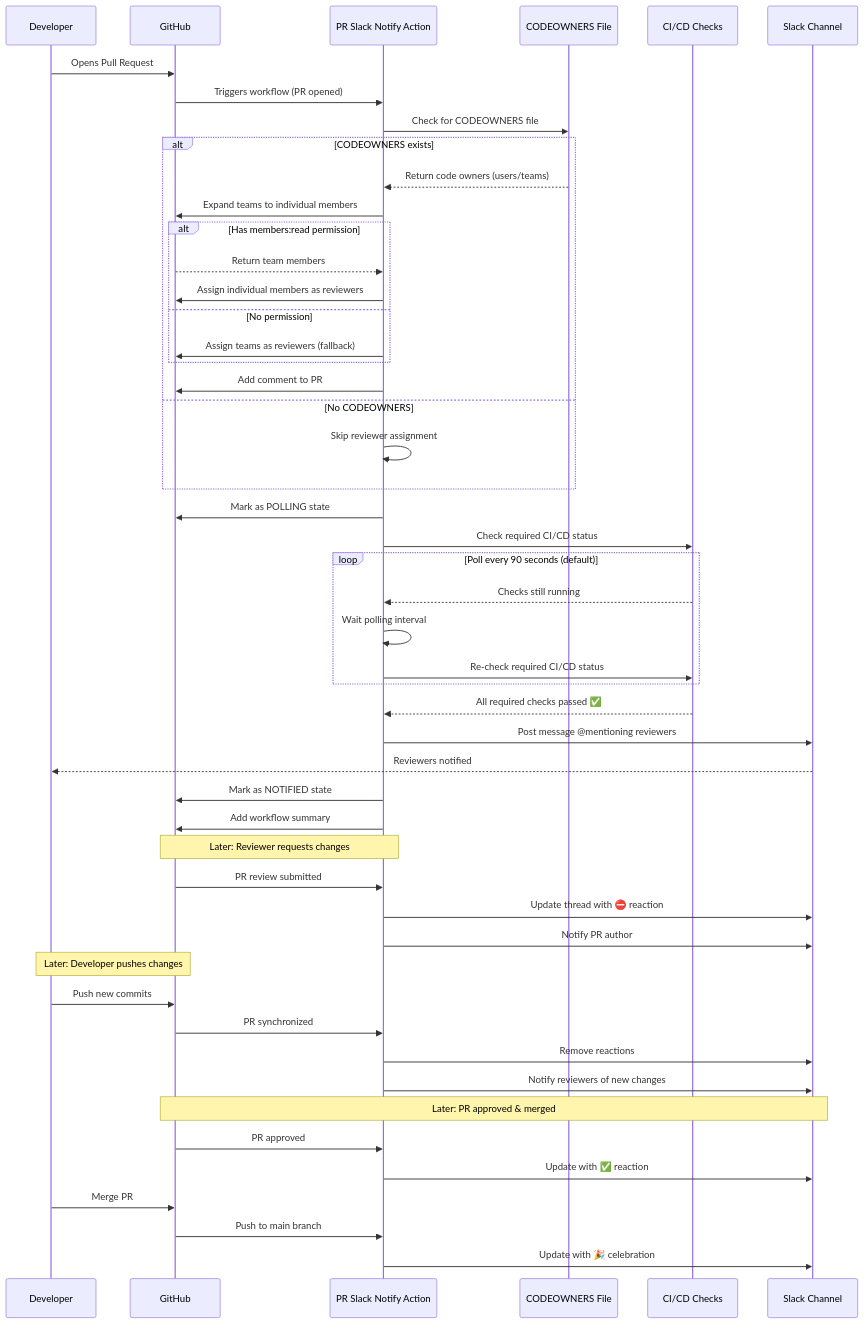
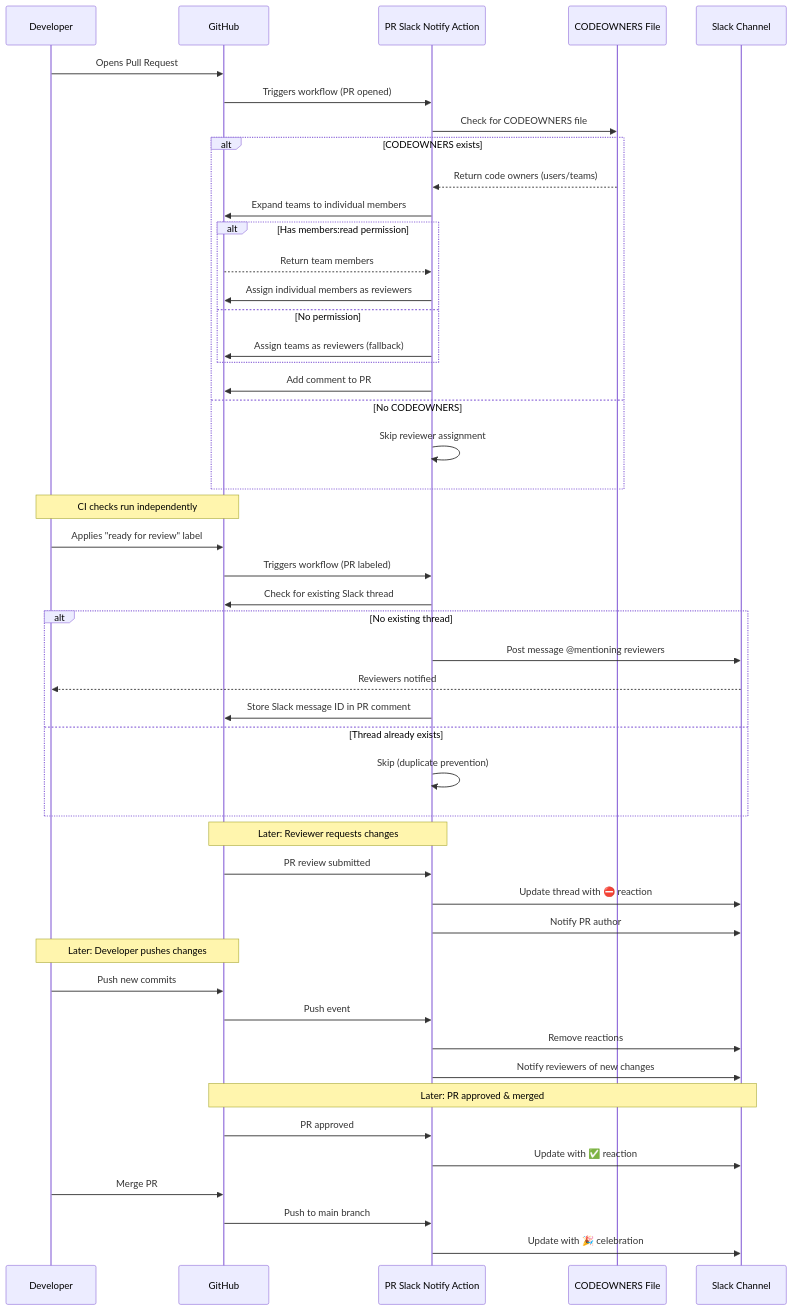
Before and after one commit to mlg87/pr-reviewer-slack-notify-action: the diagram in README.md, drawn with Mermaid. The commit also changed other lines of this file and 1 other file, not shown here.

Commit message:
docs: update README and CLAUDE.md for v10 label-driven architecture

````diff
--- a/README.md
+++ b/README.md
@@ -237,61 +206,57 @@
 ```mermaid
 sequenceDiagram
     participant Dev as Developer
     participant GH as GitHub
     participant Action as PR Slack Notify Action
     participant CODEOWNERS as CODEOWNERS File
-    participant Checks as CI/CD Checks
     participant Slack as Slack Channel
-    
+
     Dev->>GH: Opens Pull Request
     GH->>Action: Triggers workflow (PR opened)
-    
+
     Action->>CODEOWNERS: Check for CODEOWNERS file
     alt CODEOWNERS exists
         CODEOWNERS-->>Action: Return code owners (users/teams)
         Action->>GH: Expand teams to individual members
         alt Has members:read permission
             GH-->>Action: Return team members
             Action->>GH: Assign individual members as reviewers
         else No permission
             Action->>GH: Assign teams as reviewers (fallback)
         end
         Action->>GH: Add comment to PR
     else No CODEOWNERS
         Action->>Action: Skip reviewer assignment
     end
-    
-    Action->>GH: Mark as POLLING state
-    Action->>Checks: Check required CI/CD status
-    
-    loop Poll every 90 seconds (default)
-        Checks-->>Action: Checks still running
-        Action->>Action: Wait polling interval
-        Action->>Checks: Re-check required CI/CD status
+
+    Note over Dev,GH: CI checks run independently
+
+    Dev->>GH: Applies "ready for review" label
+    GH->>Action: Triggers workflow (PR labeled)
+    Action->>GH: Check for existing Slack thread
+    alt No existing thread
+        Action->>Slack: Post message @mentioning reviewers
+        Slack-->>Dev: Reviewers notified
+        Action->>GH: Store Slack message ID in PR comment
+    else Thread already exists
+        Action->>Action: Skip (duplicate prevention)
     end
-    
-    Checks-->>Action: All required checks passed ✅
-    Action->>Slack: Post message @mentioning reviewers
-    Slack-->>Dev: Reviewers notified
-    
-    Action->>GH: Mark as NOTIFIED state
-    Action->>GH: Add workflow summary
-    
+
     Note over Action,GH: Later: Reviewer requests changes
     GH->>Action: PR review submitted
     Action->>Slack: Update thread with ⛔ reaction
     Action->>Slack: Notify PR author
-    
+
     Note over Dev,GH: Later: Developer pushes changes
     Dev->>GH: Push new commits
-    GH->>Action: PR synchronized
+    GH->>Action: Push event
     Action->>Slack: Remove reactions
     Action->>Slack: Notify reviewers of new changes
-    
+
     Note over GH,Slack: Later: PR approved & merged
     GH->>Action: PR approved
     Action->>Slack: Update with ✅ reaction
     Dev->>GH: Merge PR
     GH->>Action: Push to main branch
     Action->>Slack: Update with 🎉 celebration
 ```
````
